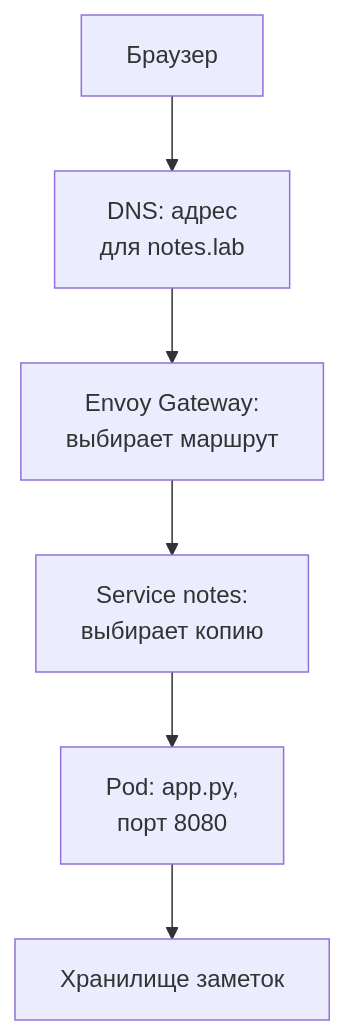
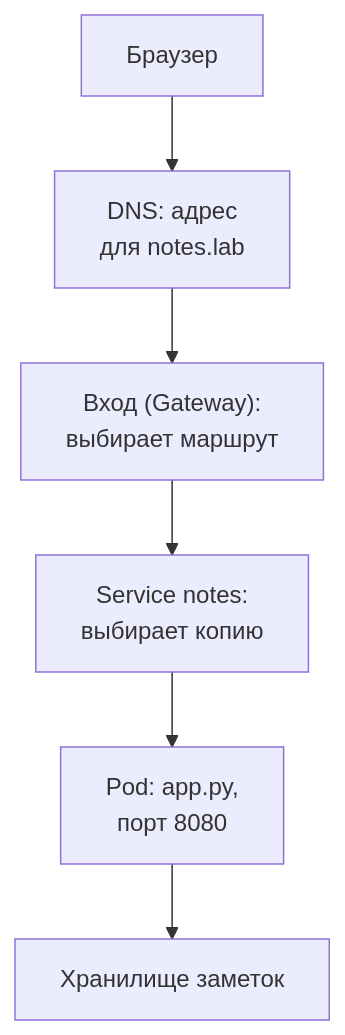
Before and after one commit to distinguished-sre/learning: the second of 6 diagrams in devops/10-capstone/08-mock-interview-middle.md, drawn with Mermaid. The commit also changed other lines of this file and 462 other files, not shown here.

````diff
--- a/devops/10-capstone/08-mock-interview-middle.md
+++ b/devops/10-capstone/08-mock-interview-middle.md
@@ -107,8 +107,8 @@
 ```mermaid
 flowchart TD
     A["Браузер"] --> B["DNS: адрес<br>для notes.lab"]
-    B --> C["Envoy Gateway:<br>выбирает маршрут"]
+    B --> C["Вход (Gateway):<br>выбирает маршрут"]
     C --> D["Service notes:<br>выбирает копию"]
     D --> E["Pod: app.py,<br>порт 8080"]
     E --> F["Хранилище заметок"]
 ```
````
